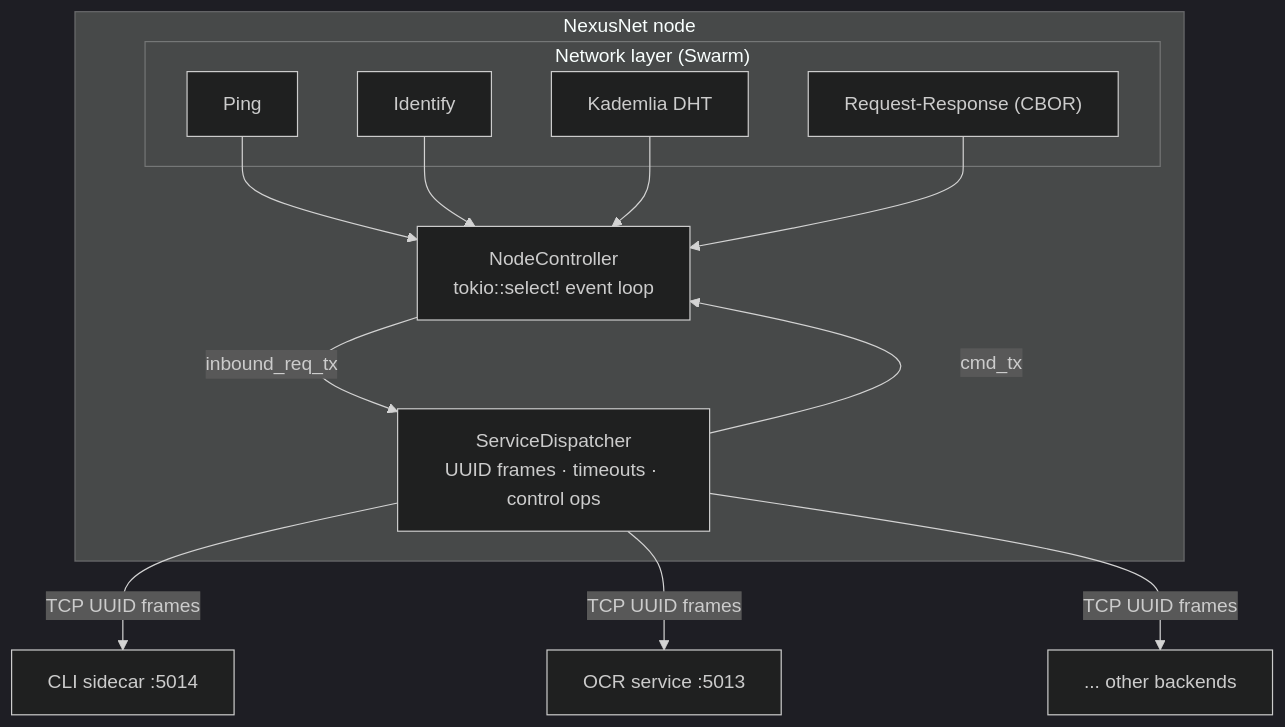
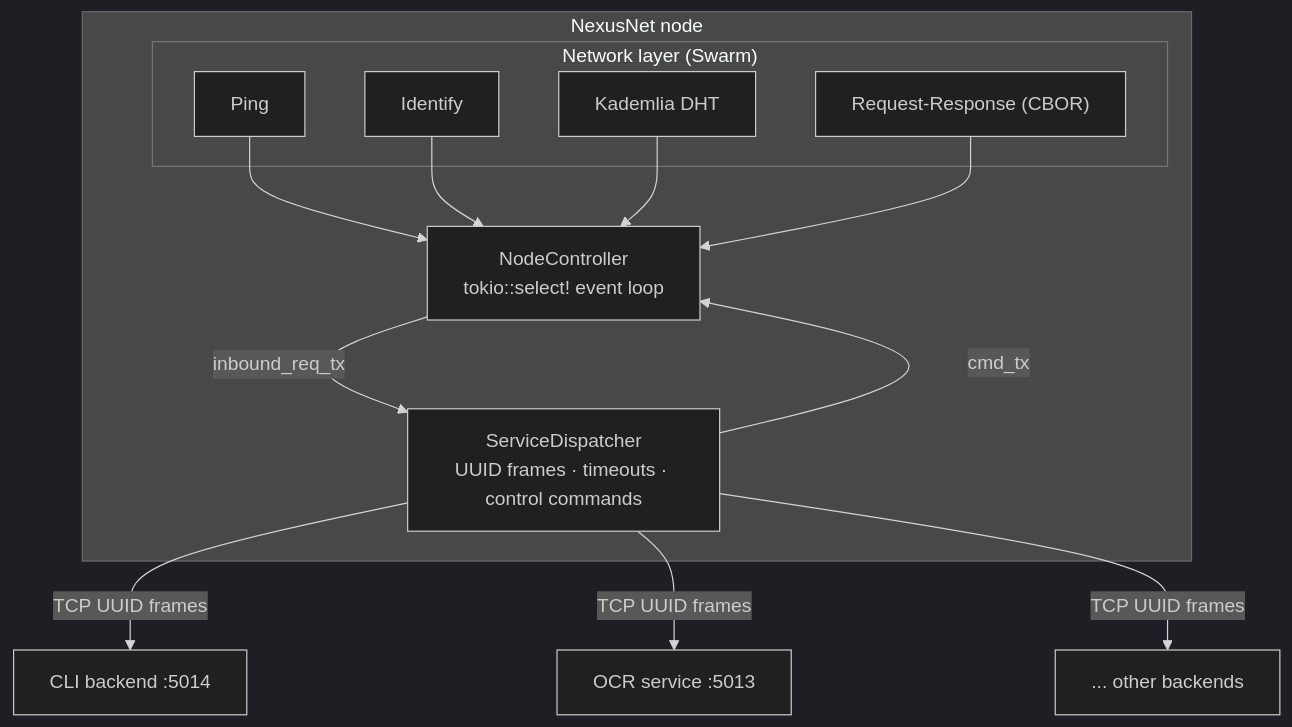
Before and after one commit to rplague/NexusNet: the diagram in README.md, drawn with Mermaid (dark theme). The commit also changed other lines of this file and 7 other files, not shown here.

````diff
--- a/README.md
+++ b/README.md
@@ -45,27 +45,27 @@
 ```mermaid
 graph TD
     subgraph N["NexusNet node"]
         subgraph SW["Network layer (Swarm)"]
             PING["Ping"]
             ID["Identify"]
             KAD["Kademlia DHT"]
             RR["Request-Response (CBOR)"]
         end
         NC["NodeController<br/>tokio::select! event loop"]
-        SD["ServiceDispatcher<br/>UUID frames · timeouts · control ops"]
+        SD["ServiceDispatcher<br/>UUID frames · timeouts · control commands"]
     end
 
-    CLI["CLI sidecar :5014"]
+    CLI["CLI backend :5014"]
     OCR["OCR service :5013"]
     MORE["... other backends"]
 
     PING --> NC
     ID --> NC
     KAD --> NC
     RR --> NC
     NC -->|inbound_req_tx| SD
     SD -->|cmd_tx| NC
     SD -->|TCP UUID frames| CLI
     SD -->|TCP UUID frames| OCR
     SD -->|TCP UUID frames| MORE
 ```
````
